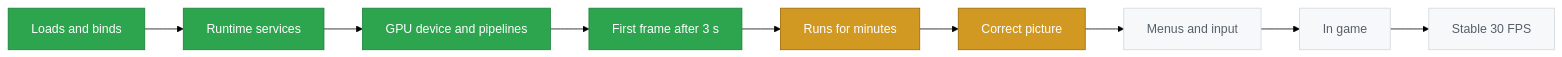
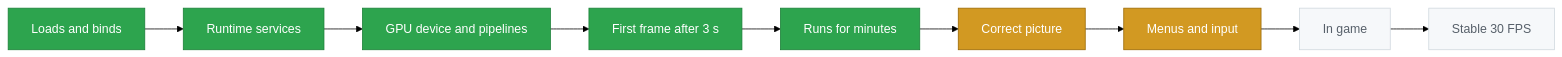
Before and after one commit to mewiof/Holy-Interoperability: the diagram in README.md, drawn with Mermaid (forest theme). The commit also changed other lines of this file and 1 other file, not shown here.

````diff
--- a/README.md
+++ b/README.md
@@ -23,11 +23,11 @@
 ```mermaid
 flowchart LR
   load[Loads and binds] --> boot[Runtime services] --> gpu[GPU device and pipelines] --> first[First frame after 3 s]
   first --> stable[Runs for minutes] --> picture[Correct picture] --> menu[Menus and input] --> game[In game] --> fps[Stable 30 FPS]
   classDef done fill:#2da44e,color:#ffffff,stroke:#1a7f37
   classDef active fill:#d29922,color:#ffffff,stroke:#9a6700
   classDef open fill:#f6f8fa,color:#57606a,stroke:#d0d7de
-  class load,boot,gpu,first done
-  class stable,picture active
-  class menu,game,fps open
+  class load,boot,gpu,first,stable done
+  class picture,menu active
+  class game,fps open
 ```
````
